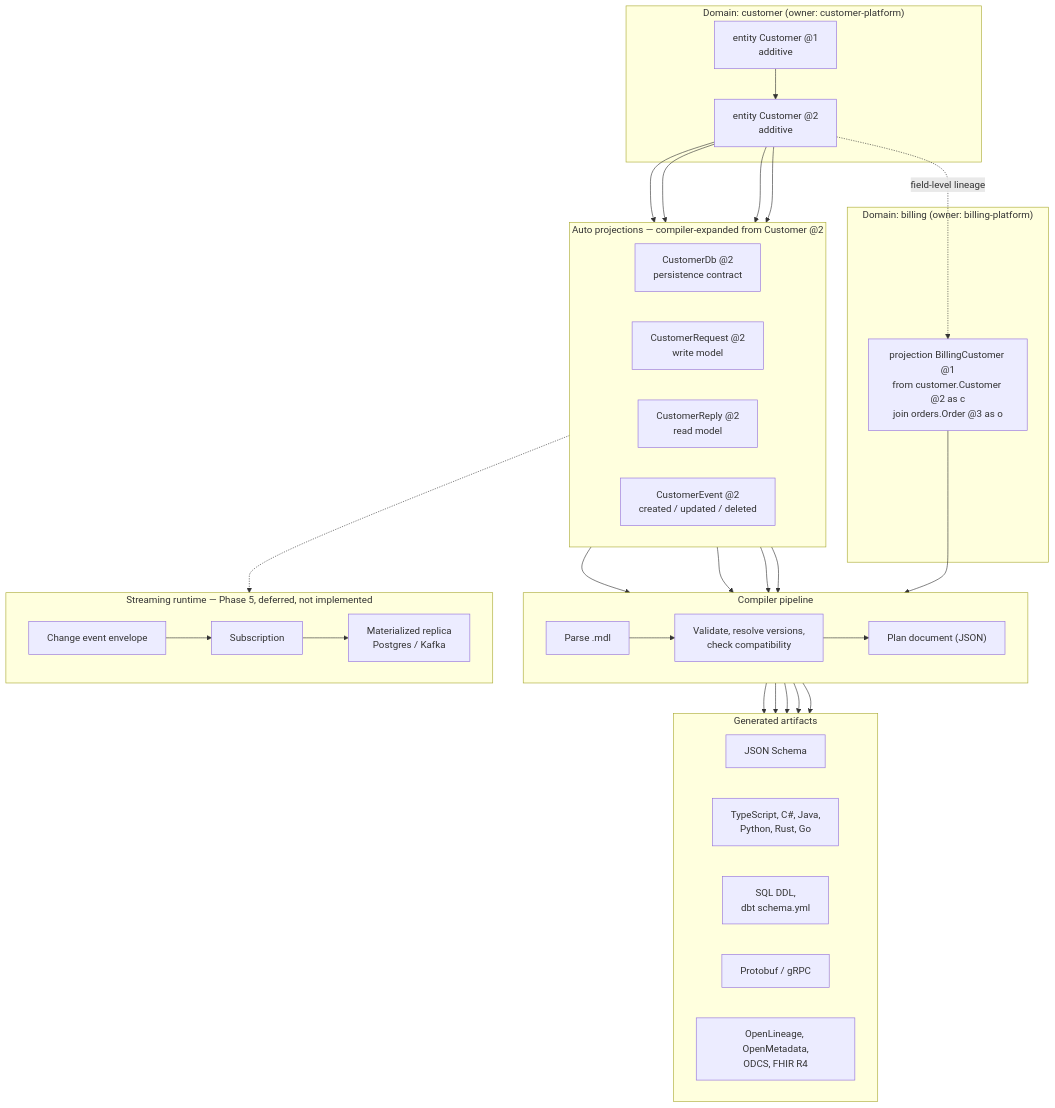
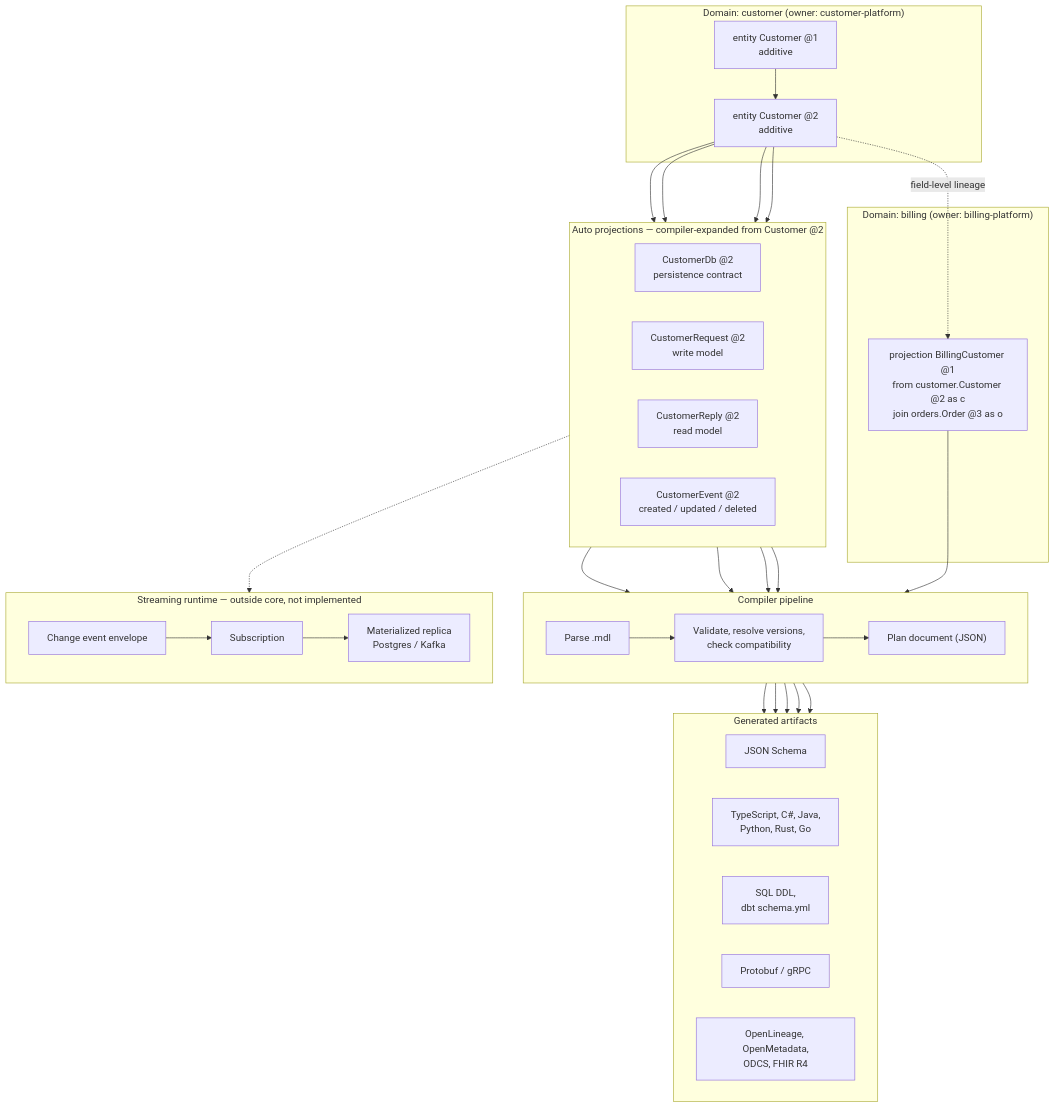
Before and after one commit to ktjn/modelable: the diagram in README.md, drawn with Mermaid. The commit also changed other lines of this file and 23 other files, not shown here.

Commit message:
docs: consolidate roadmap and archive obsolete plans (#869)

````diff
--- a/README.md
+++ b/README.md
@@ -25,58 +25,58 @@
 ```mermaid
 flowchart TB
     subgraph CUSTOMER["Domain: customer (owner: customer-platform)"]
         V1["entity Customer @1<br/>additive"] --> V2["entity Customer @2<br/>additive"]
     end
 
     subgraph AUTO["Auto projections — compiler-expanded from Customer @2"]
         direction LR
         DB["CustomerDb @2<br/>persistence contract"]
         REQ["CustomerRequest @2<br/>write model"]
         REP["CustomerReply @2<br/>read model"]
         EVT["CustomerEvent @2<br/>created / updated / deleted"]
     end
 
     V2 --> DB
     V2 --> REQ
     V2 --> REP
     V2 --> EVT
 
     subgraph BILLING["Domain: billing (owner: billing-platform)"]
         JOIN["projection BillingCustomer @1<br/>from customer.Customer @2 as c<br/>join orders.Order @3 as o"]
     end
 
     V2 -. "field-level lineage" .-> JOIN
 
     subgraph PIPE["Compiler pipeline"]
         direction LR
         PARSE["Parse .mdl"] --> VALIDATE["Validate, resolve versions,<br/>check compatibility"] --> PLAN["Plan document (JSON)"]
     end
 
     DB --> PARSE
     REQ --> PARSE
     REP --> PARSE
     EVT --> PARSE
     JOIN --> PARSE
 
     subgraph ARTIFACTS["Generated artifacts"]
         direction LR
         JSONSCHEMA["JSON Schema"]
         TYPES["TypeScript, C#, Java,<br/>Python, Rust, Go"]
         SQLDDL["SQL DDL,<br/>dbt schema.yml"]
         PROTO["Protobuf / gRPC"]
         GOV["OpenLineage, OpenMetadata,<br/>ODCS, FHIR R4"]
     end
 
     PLAN --> JSONSCHEMA
     PLAN --> TYPES
     PLAN --> SQLDDL
     PLAN --> PROTO
     PLAN --> GOV
 
-    subgraph FUTURE["Streaming runtime — Phase 5, deferred, not implemented"]
+    subgraph FUTURE["Streaming runtime — outside core, not implemented"]
         direction LR
         ENVELOPE["Change event envelope"] --> SUBSCRIPTION["Subscription"] --> MATERIALIZED["Materialized replica<br/>Postgres / Kafka"]
     end
 
     EVT -.-> ENVELOPE
 ```
````
